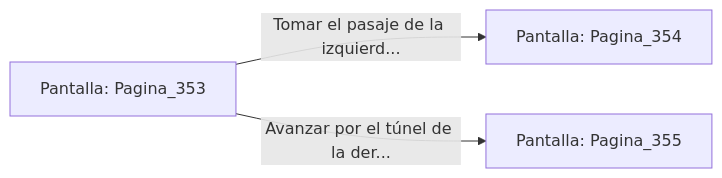
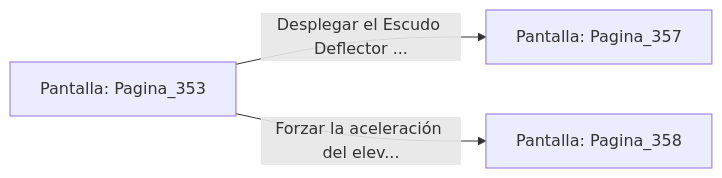
Before and after one commit to metsuke/mpl: the diagram in sample/eligejuego-vault/Pantalla_Pagina_353.md, drawn with Mermaid. The commit also changed other lines of this file and 635 other files, not shown here.

First line of the commit message:
fix: añadir Pagina_1 como pantalla inicial en capitulo_01.mpl

````diff
--- a/sample/eligejuego-vault/Pantalla_Pagina_353.md
+++ b/sample/eligejuego-vault/Pantalla_Pagina_353.md
@@ -20,6 +24,6 @@
 ```mermaid
 graph LR
     P_Pagina_353["Pantalla: Pagina_353"]
-    P_Pagina_353 -->|"Tomar el pasaje de la izquierd..."| P_Pagina_354["Pantalla: Pagina_354"]
-    P_Pagina_353 -->|"Avanzar por el túnel de la der..."| P_Pagina_355["Pantalla: Pagina_355"]
+    P_Pagina_353 -->|"Desplegar el Escudo Deflector ..."| P_Pagina_357["Pantalla: Pagina_357"]
+    P_Pagina_353 -->|"Forzar la aceleración del elev..."| P_Pagina_358["Pantalla: Pagina_358"]
 ```
````
